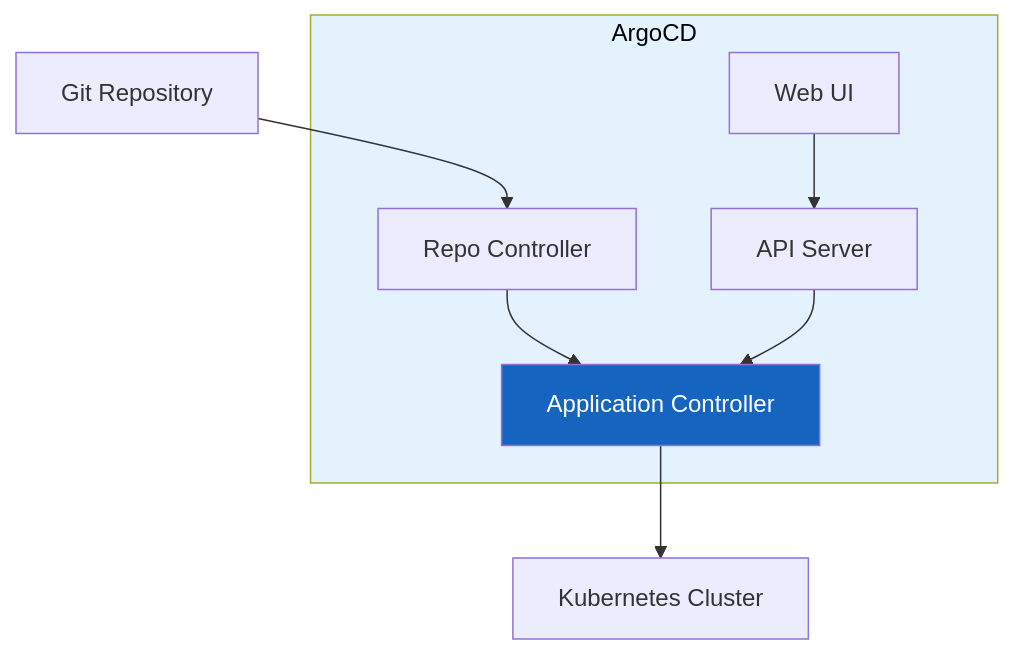
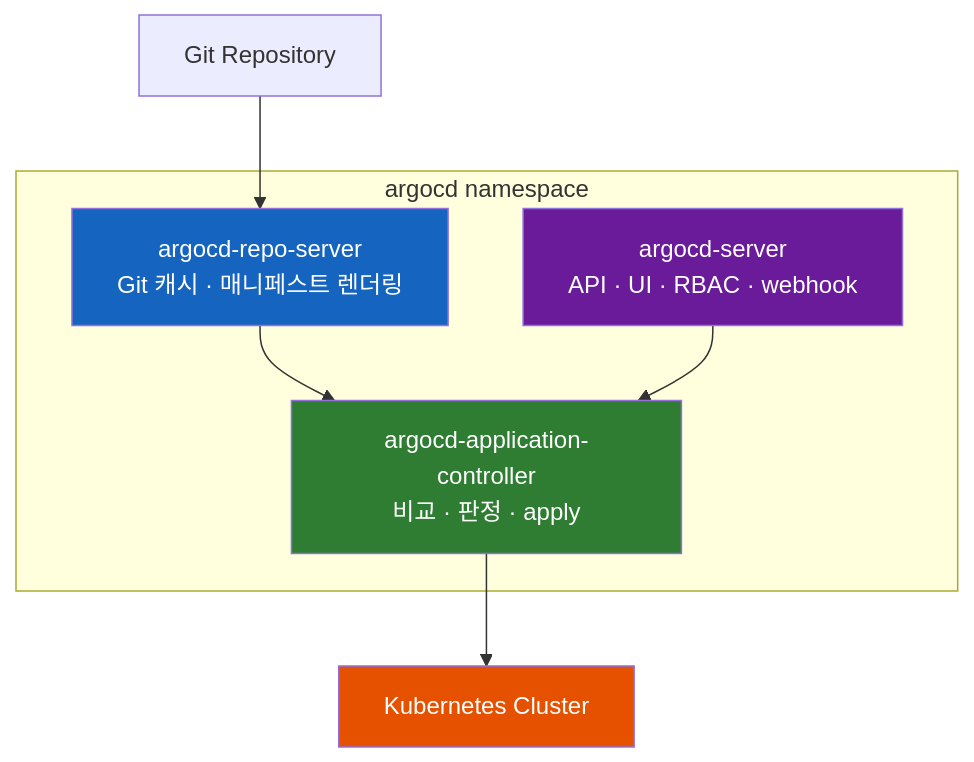
The tenth of 12 diagrams in devops/GitOps-Git을-Single-Source-of-Truth로-삼는-운영-모델.md (sskim91/TIL), drawn with Mermaid before and after one commit. The commit also changed other lines of this file and 1 other file, not shown here.

First line of the commit message:
docs(devops): GitOps 노트를 운영 모델 층 중심으로 대폭 확장

````diff
--- a/devops/GitOps-Git을-Single-Source-of-Truth로-삼는-운영-모델.md
+++ b/devops/GitOps-Git을-Single-Source-of-Truth로-삼는-운영-모델.md
@@ -275,18 +989,18 @@
 ```mermaid
 flowchart TB
-    subgraph ArgoCD["ArgoCD"]
-        UI["Web UI"]
-        API["API Server"]
-        RC["Repo Controller"]
-        AC["Application Controller"]
+    subgraph ArgoCDns["argocd namespace"]
+        UI["argocd-server<br>API · UI · RBAC · webhook"]
+        RC["argocd-repo-server<br>Git 캐시 · 매니페스트 렌더링"]
+        AC["argocd-application-controller<br>비교 · 판정 · apply"]
     end
 
     Git["Git Repository"] --> RC
     RC --> AC
     AC --> K8s["Kubernetes Cluster"]
-    UI --> API
-    API --> AC
+    UI --> AC
 
-    style ArgoCD fill:#E3F2FD,color:#000
-    style AC fill:#1565C0,color:#fff
+    style AC fill:#2E7D32,color:#fff
+    style RC fill:#1565C0,color:#fff
+    style UI fill:#6A1B9A,color:#fff
+    style K8s fill:#E65100,color:#fff
 ```
````
